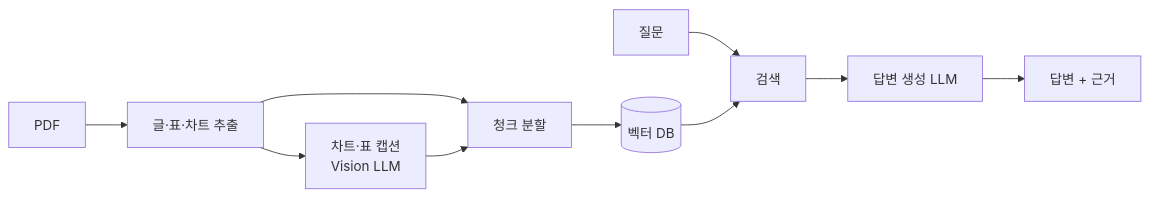
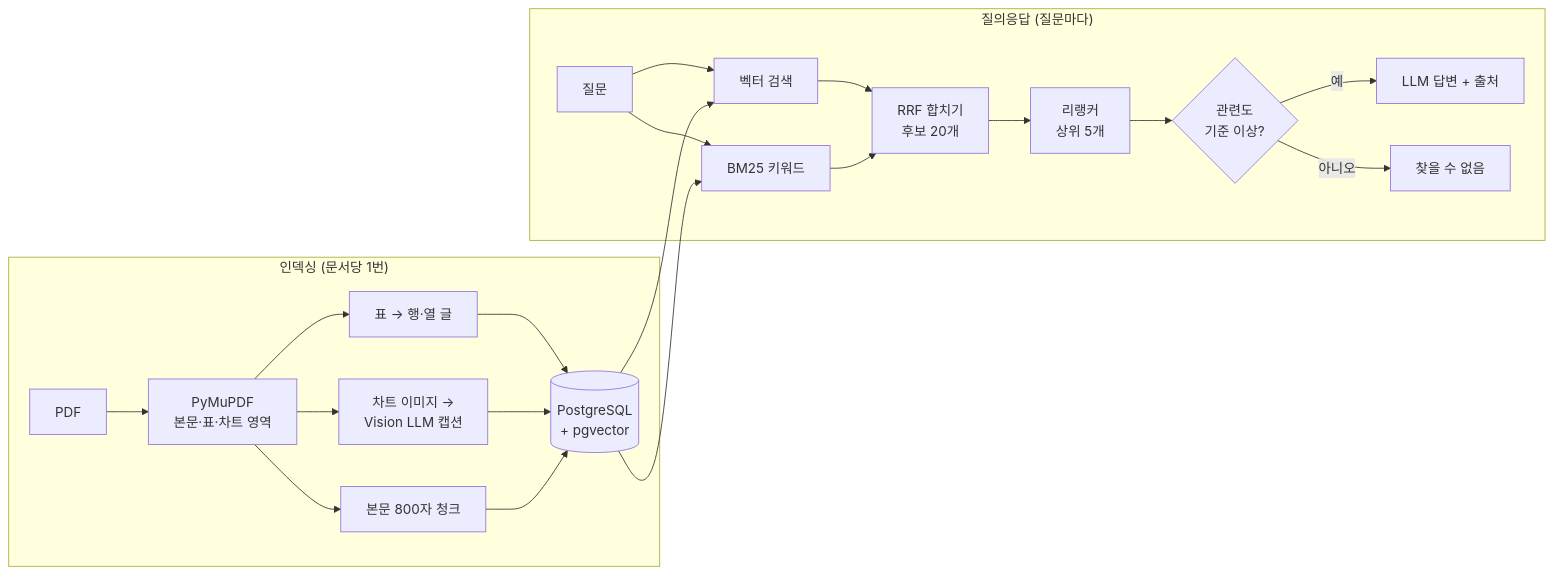
One commit to saehoon2/ReportQA changed the diagram in README.md. Above: the diagram before and after it, drawn with Mermaid. The commit also changed other lines of this file and 2 other files, not shown here.

````diff
--- a/README.md
+++ b/README.md
@@ -28,12 +67,21 @@
 ```mermaid
 flowchart LR
-    A[PDF] --> B[글·표·차트 추출]
-    B --> C[차트·표 캡션<br/>Vision LLM]
-    B --> D[청크 분할]
-    C --> D
-    D --> E[(벡터 DB)]
-    Q[질문] --> F[검색]
-    E --> F
-    F --> G[답변 생성 LLM]
-    G --> H[답변 + 근거]
+    subgraph 인덱싱["인덱싱 (문서당 1번)"]
+        A[PDF] --> B[PyMuPDF<br/>본문·표·차트 영역]
+        B --> T[표 → 행·열 글]
+        B --> C[차트 이미지 →<br/>Vision LLM 캡션]
+        B --> D[본문 800자 청크]
+        T & C & D --> E[(PostgreSQL<br/>+ pgvector)]
+    end
+    subgraph 질의응답["질의응답 (질문마다)"]
+        Q[질문] --> V[벡터 검색]
+        Q --> K[BM25 키워드]
+        V & K --> R[RRF 합치기<br/>후보 20개]
+        R --> RR[리랭커<br/>상위 5개]
+        RR --> TH{관련도<br/>기준 이상?}
+        TH -- 예 --> G[LLM 답변 + 출처]
+        TH -- 아니오 --> N[찾을 수 없음]
+    end
+    E --> V
+    E --> K
 ```
````
